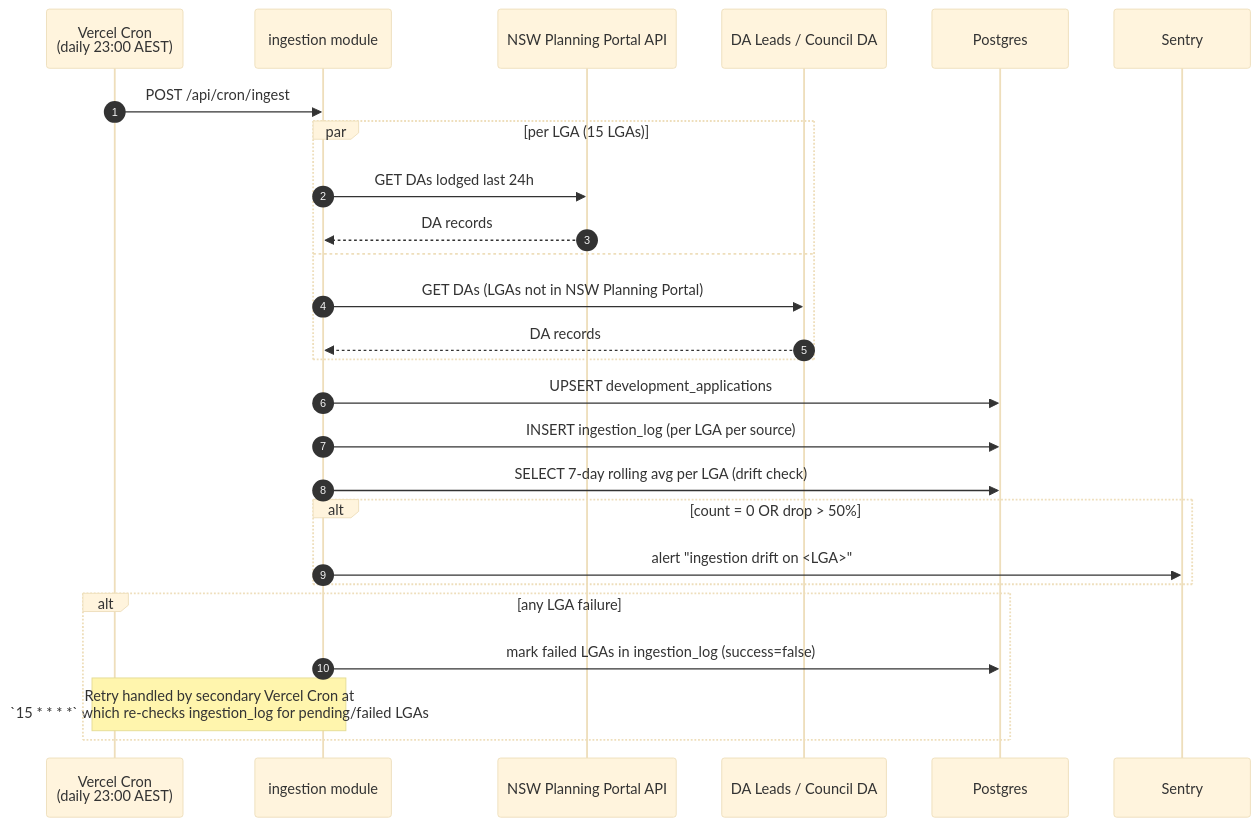
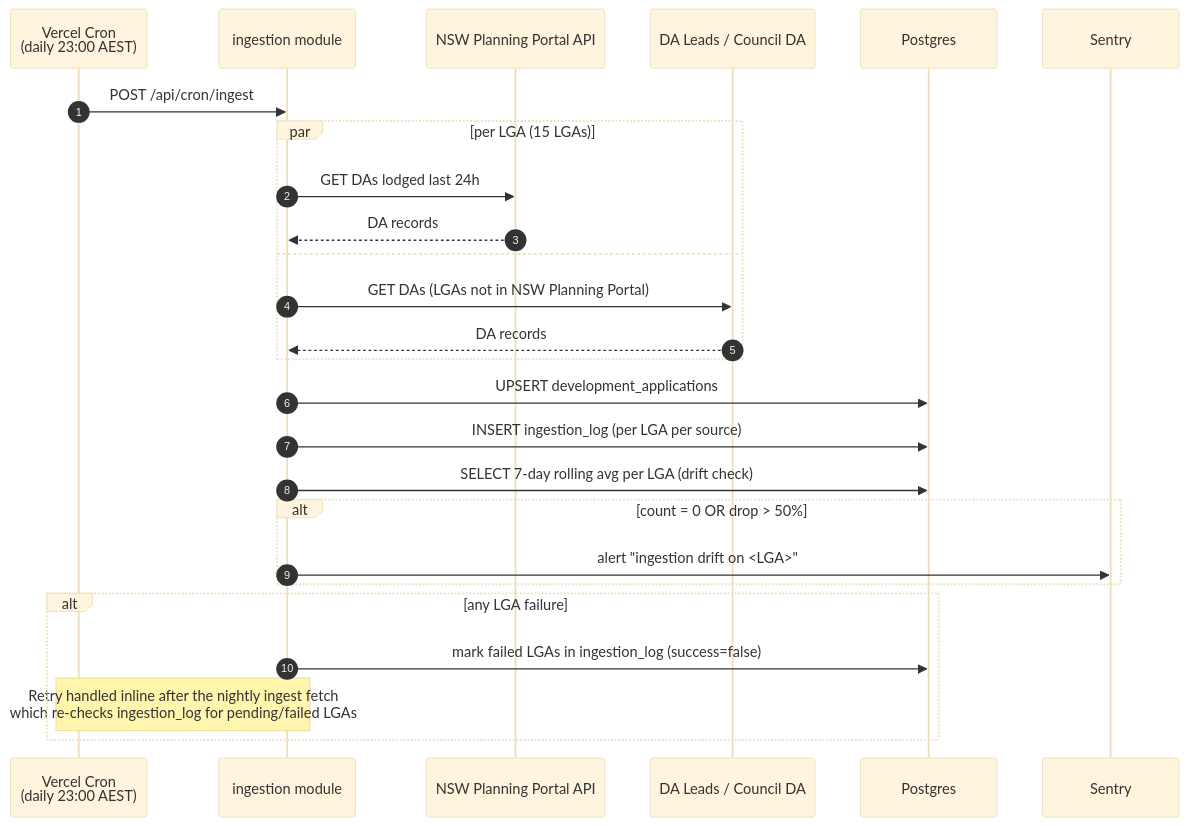
One commit to haroldmei/project-intelligence-au changed the fourth of 6 diagrams in docs/03-system-design.md. Above: the diagram before and after it, drawn with Mermaid (base theme). The commit also changed other lines of this file and 13 other files, not shown here.

First line of the commit message:
chore: remove ingest-retry cron route, update docs & tests

````diff
--- a/docs/03-system-design.md
+++ b/docs/03-system-design.md
@@ -397,29 +397,29 @@
 ```mermaid
 sequenceDiagram
   autonumber
   participant Cron as Vercel Cron<br/>(daily 23:00 AEST)
   participant Ing as ingestion module
   participant NSW as NSW Planning Portal API
   participant DAL as DA Leads / Council DA
   participant DB as Postgres
   participant Sentry
 
   Cron->>Ing: POST /api/cron/ingest
   par per LGA (15 LGAs)
     Ing->>NSW: GET DAs lodged last 24h
     NSW-->>Ing: DA records
   and
     Ing->>DAL: GET DAs (LGAs not in NSW Planning Portal)
     DAL-->>Ing: DA records
   end
   Ing->>DB: UPSERT development_applications
   Ing->>DB: INSERT ingestion_log (per LGA per source)
   Ing->>DB: SELECT 7-day rolling avg per LGA (drift check)
   alt count = 0 OR drop > 50%
     Ing->>Sentry: alert "ingestion drift on <LGA>"
   end
   alt any LGA failure
     Ing->>DB: mark failed LGAs in ingestion_log (success=false)
-    Note over Ing,Cron: Retry handled by secondary Vercel Cron at<br/>`15 * * * *` which re-checks ingestion_log for pending/failed LGAs
+    Note over Ing,Cron: Retry handled inline after the nightly ingest fetch<br/>which re-checks ingestion_log for pending/failed LGAs
   end
 ```
````
